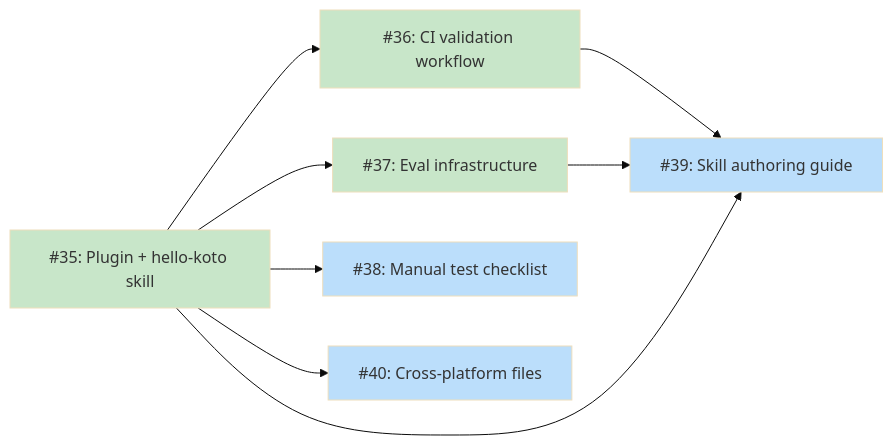
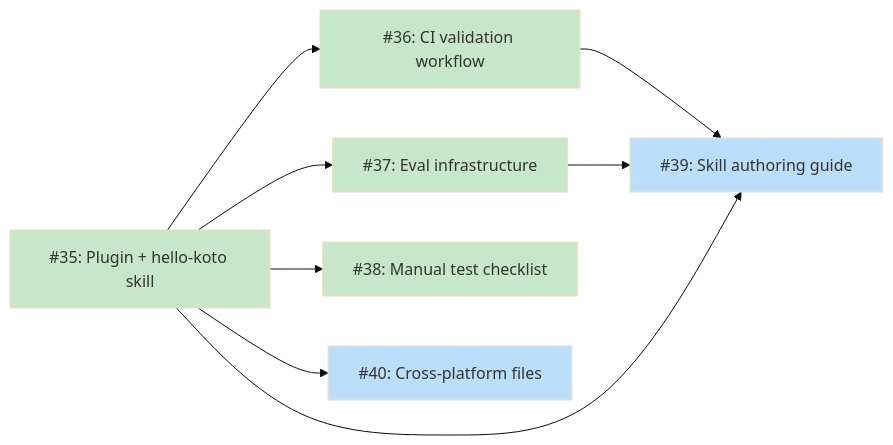
The diagram in docs/designs/DESIGN-koto-agent-integration.md (tsukumogami/koto), drawn with Mermaid (base theme) before and after one commit. The commit also changed other lines of this file and 1 other file, not shown here.

Commit message:
docs: mark #38 as done, update dependency diagram

````diff
--- a/docs/designs/DESIGN-koto-agent-integration.md
+++ b/docs/designs/DESIGN-koto-agent-integration.md
@@ -51,26 +51,26 @@
 ```mermaid
 graph LR
     I35["#35: Plugin + hello-koto skill"]
     I36["#36: CI validation workflow"]
     I37["#37: Eval infrastructure"]
     I38["#38: Manual test checklist"]
     I39["#39: Skill authoring guide"]
     I40["#40: Cross-platform files"]
 
     I35 --> I36
     I35 --> I37
     I35 --> I38
     I35 --> I40
     I36 --> I39
     I37 --> I39
     I35 --> I39
 
     classDef done fill:#c8e6c9
     classDef ready fill:#bbdefb
     classDef blocked fill:#fff9c4
     classDef needsDesign fill:#e1bee7
     classDef tracksDesign fill:#FFE0B2,stroke:#F57C00,color:#000
 
-    class I35,I36,I37 done
-    class I38,I39,I40 ready
+    class I35,I36,I37,I38 done
+    class I39,I40 ready
 ```
````
